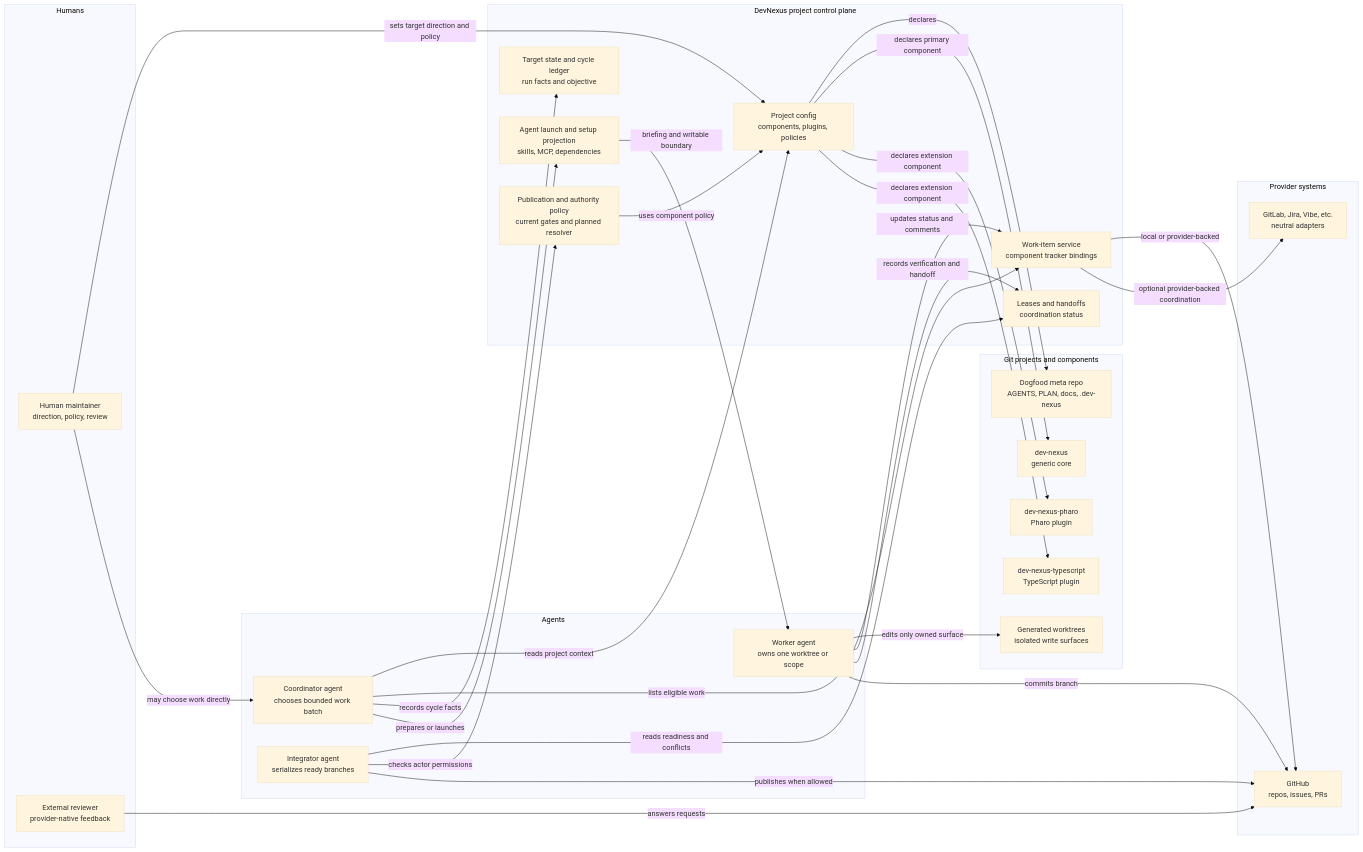
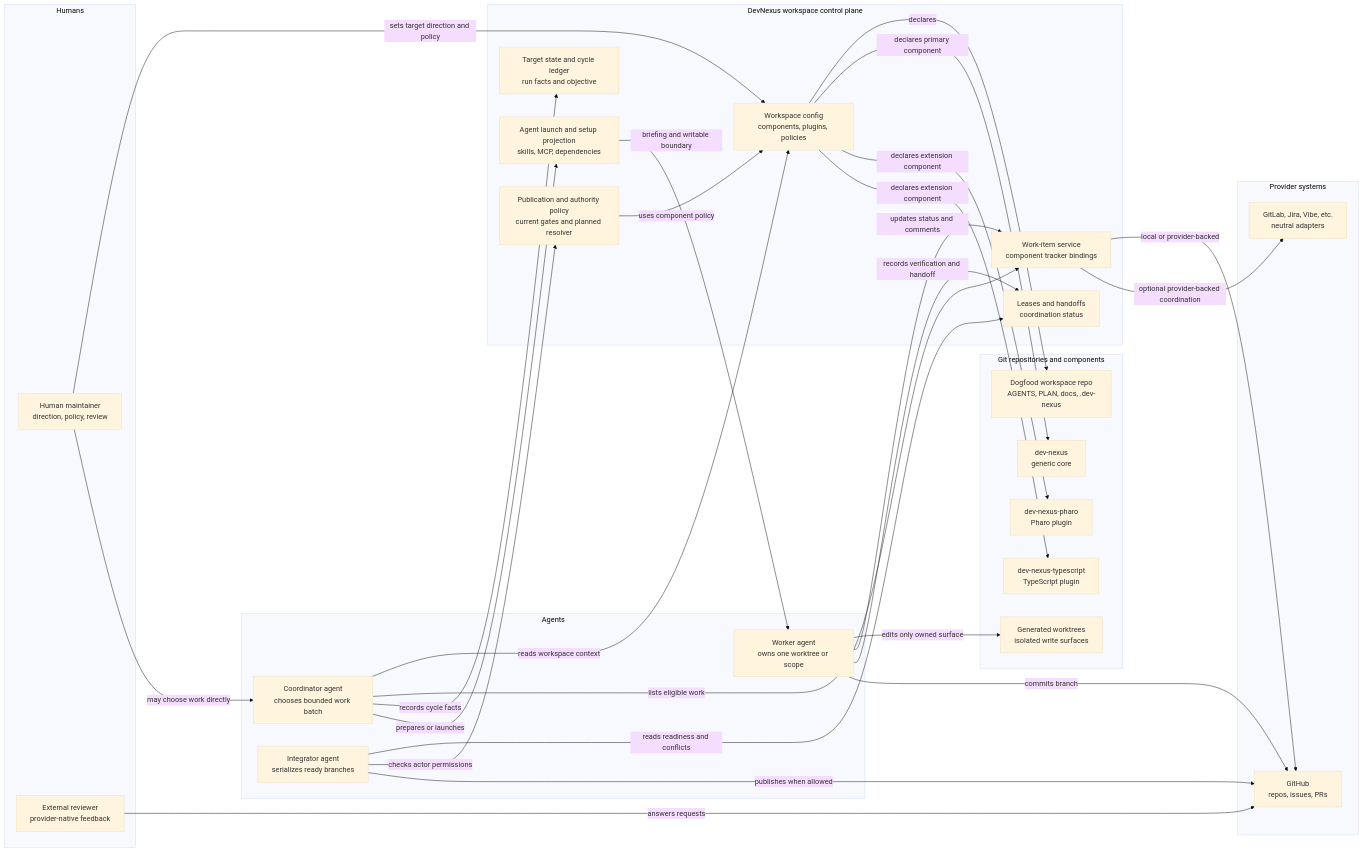
Before and after one commit to Evref-BL/DevNexus: the first of 4 diagrams in docs/dev-nexus-operating-model.md, drawn with Mermaid (base theme). The commit also changed other lines of this file and 7 other files, not shown here.

Commit message:
Sync dogfood workspace vocabulary and coordination notes

````diff
--- a/docs/dev-nexus-operating-model.md
+++ b/docs/dev-nexus-operating-model.md
@@ -10,62 +10,62 @@
 ```mermaid
 flowchart LR
   subgraph Humans["Humans"]
     human["Human maintainer<br/>direction, policy, review"]
     reviewer["External reviewer<br/>provider-native feedback"]
   end
 
   subgraph Agents["Agents"]
     coordinator["Coordinator agent<br/>chooses bounded work batch"]
     worker["Worker agent<br/>owns one worktree or scope"]
     integrator["Integrator agent<br/>serializes ready branches"]
   end
 
-  subgraph DevNexus["DevNexus project control plane"]
-    projectConfig["Project config<br/>components, plugins, policies"]
+  subgraph DevNexus["DevNexus workspace control plane"]
+    projectConfig["Workspace config<br/>components, plugins, policies"]
     workItems["Work-item service<br/>component tracker bindings"]
     targetState["Target state and cycle ledger<br/>run facts and objective"]
     handoffs["Leases and handoffs<br/>coordination status"]
     launch["Agent launch and setup projection<br/>skills, MCP, dependencies"]
     authority["Publication and authority policy<br/>current gates and planned resolver"]
   end
 
-  subgraph Components["Git projects and components"]
-    metaRepo["Dogfood meta repo<br/>AGENTS, PLAN, docs, .dev-nexus"]
+  subgraph Components["Git repositories and components"]
+    workspaceRepo["Dogfood workspace repo<br/>AGENTS, PLAN, docs, .dev-nexus"]
     coreRepo["dev-nexus<br/>generic core"]
     pharoRepo["dev-nexus-pharo<br/>Pharo plugin"]
     tsRepo["dev-nexus-typescript<br/>TypeScript plugin"]
     worktrees["Generated worktrees<br/>isolated write surfaces"]
   end
 
   subgraph Providers["Provider systems"]
     github["GitHub<br/>repos, issues, PRs"]
     otherProviders["GitLab, Jira, Vibe, etc.<br/>neutral adapters"]
   end
 
   human -->|"sets target direction and policy"| projectConfig
   human -->|"may choose work directly"| coordinator
   reviewer -->|"answers requests"| github
 
-  coordinator -->|"reads project context"| projectConfig
+  coordinator -->|"reads workspace context"| projectConfig
   coordinator -->|"lists eligible work"| workItems
   coordinator -->|"records cycle facts"| targetState
   coordinator -->|"prepares or launches"| launch
   launch -->|"briefing and writable boundary"| worker
 
   worker -->|"edits only owned surface"| worktrees
   worker -->|"updates status and comments"| workItems
   worker -->|"records verification and handoff"| handoffs
   worker -->|"commits branch"| github
 
   integrator -->|"reads readiness and conflicts"| handoffs
   integrator -->|"checks actor permissions"| authority
   authority -->|"uses component policy"| projectConfig
   integrator -->|"publishes when allowed"| github
 
-  projectConfig -->|"declares"| metaRepo
+  projectConfig -->|"declares"| workspaceRepo
   projectConfig -->|"declares primary component"| coreRepo
   projectConfig -->|"declares extension component"| pharoRepo
   projectConfig -->|"declares extension component"| tsRepo
   workItems -->|"local or provider-backed"| github
   workItems -->|"optional provider-backed coordination"| otherProviders
 ```
````
